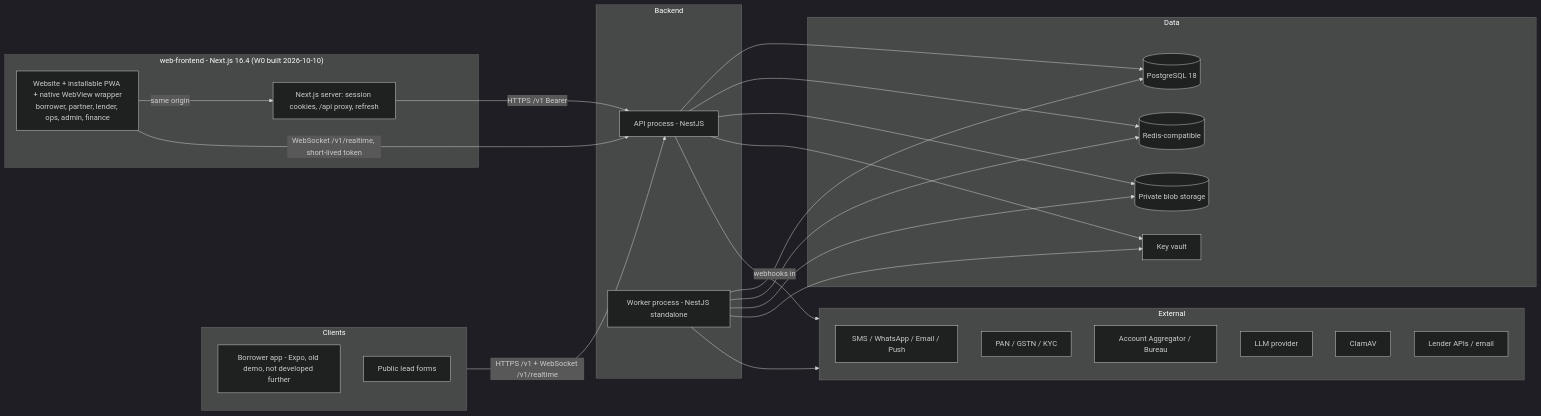
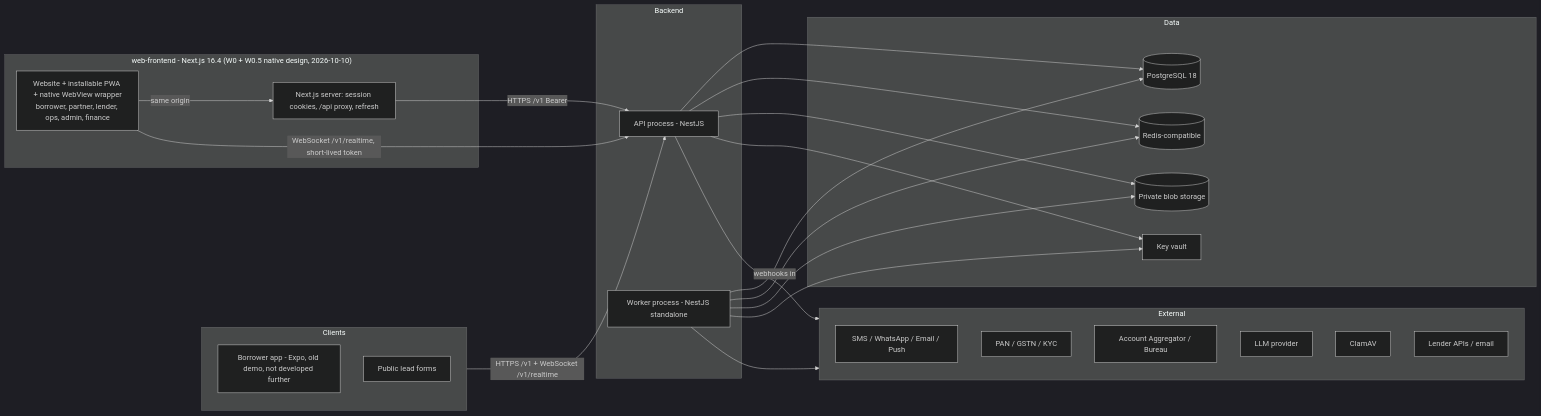
One commit to Shaikhfaruk/fundenflo changed the first of 16 diagrams in docs/ARCHITECTURE.md. Above: the diagram before and after it, drawn with Mermaid (dark theme). The commit also changed 127 other files, not shown here.

First line of the commit message:
web: rebuild W0 screens in the native app design (W0.5)

````diff
--- a/docs/ARCHITECTURE.md
+++ b/docs/ARCHITECTURE.md
@@ -23,43 +23,43 @@
 ```mermaid
 flowchart LR
   subgraph Clients
     APP[Borrower app - Expo, old demo, not developed further]
     PUB[Public lead forms]
   end
-  subgraph Web["web-frontend - Next.js 16.4 (W0 built 2026-10-10)"]
+  subgraph Web["web-frontend - Next.js 16.4 (W0 + W0.5 native design, 2026-10-10)"]
     UI[Website + installable PWA + native WebView wrapper<br/>borrower, partner, lender, ops, admin, finance]
     BFF[Next.js server: session cookies, /api proxy, refresh]
   end
   UI -->|same origin| BFF
   BFF -->|HTTPS /v1 Bearer| API
   UI -->|WebSocket /v1/realtime, short-lived token| API
   subgraph Backend
     API[API process - NestJS]
     WRK[Worker process - NestJS standalone]
   end
   subgraph Data
     PG[(PostgreSQL 18)]
     RD[(Redis-compatible)]
     BL[(Private blob storage)]
     KV[Key vault]
   end
   subgraph External
     SMS[SMS / WhatsApp / Email / Push]
     KYC[PAN / GSTN / KYC]
     AA[Account Aggregator / Bureau]
     LLM[LLM provider]
     AV[ClamAV]
     LND[Lender APIs / email]
   end
   Clients -->|HTTPS /v1 + WebSocket /v1/realtime| API
   API --> PG
   API --> RD
   API --> BL
   API --> KV
   WRK --> PG
   WRK --> RD
   WRK --> BL
   WRK --> KV
   WRK --> External
   API -->|webhooks in| External
 ```
````
